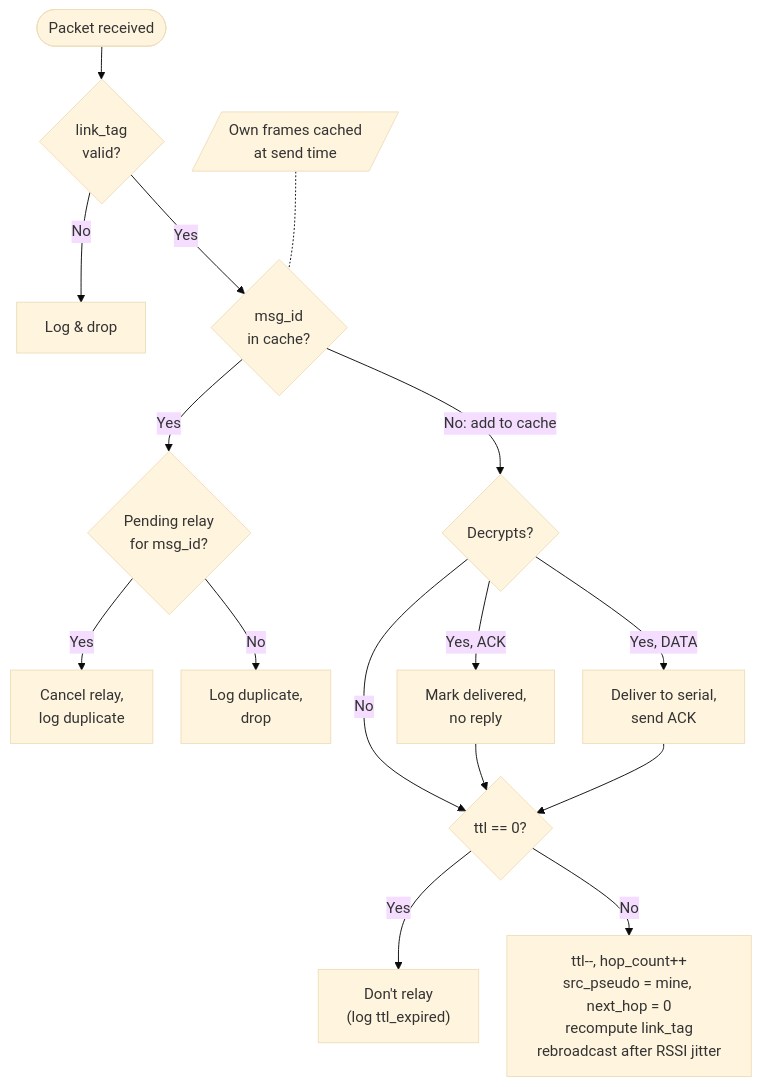
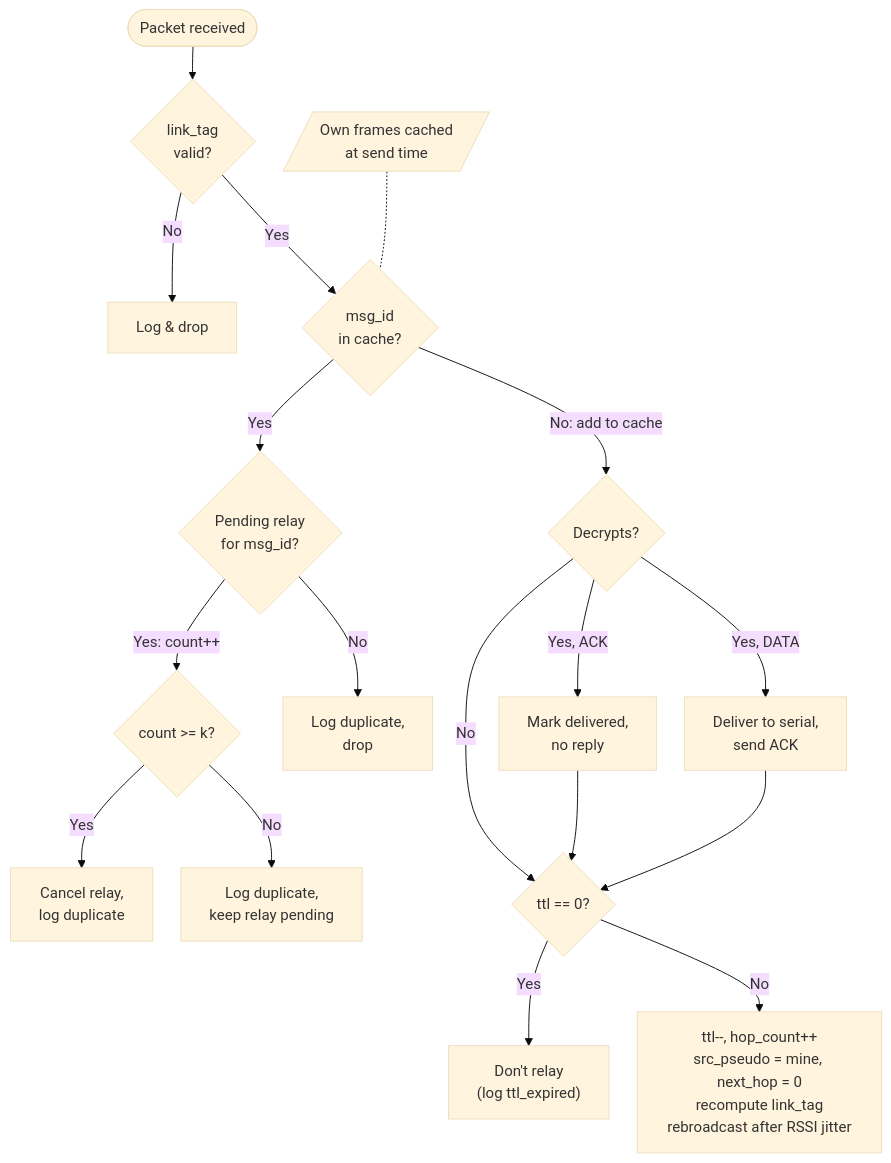
Before and after one commit to GhostMeshIPS/GhostMesh: the diagram in PROTOCOL.md, drawn with Mermaid (base theme). The commit also changed other lines of this file and 1 other file, not shown here.

Commit message:
Implementing our own version of the Trickle Algorithm (RFC 6206); suppressing relays after k duplicates rather than 1. With 1, this creates a coverage hole problem. (A node whose only path runs through a suppressed relay never receives the flood)

````diff
--- a/PROTOCOL.md
+++ b/PROTOCOL.md
@@ -43,22 +43,24 @@
 ```mermaid
 %%{init: {"flowchart": {"nodeSpacing": 30, "rankSpacing": 35}}}%%
 flowchart TD
     RX([Packet received]) --> LT{"link_tag<br>valid?"}
     LT -->|No| LTD["Log & drop"]
     LT -->|Yes| SC{"msg_id<br>in cache?"}
     NOTE[/"Own frames cached<br>at send time"/] -.- SC
 
     SC -->|Yes| PR{"Pending relay<br>for msg_id?"}
-    PR -->|Yes| CPR["Cancel relay,<br>log duplicate"]
+    PR -->|"Yes: count++"| KC{"count >= k?"}
+    KC -->|Yes| CPR["Cancel relay,<br>log duplicate"]
+    KC -->|No| KEEP["Log duplicate,<br>keep relay pending"]
     PR -->|No| LD["Log duplicate,<br>drop"]
 
     SC -->|"No: add to cache"| CMD{"Decrypts?"}
     CMD -->|"Yes, ACK"| MNR["Mark delivered,<br>no reply"]
     CMD -->|"Yes, DATA"| DSA["Deliver to serial,<br>send ACK"]
     CMD -->|No| TTL{"ttl == 0?"}
     MNR --> TTL
     DSA --> TTL
 
     TTL -->|Yes| DR["Don't relay<br>(log ttl_expired)"]
     TTL -->|No| REL["ttl--, hop_count++<br>src_pseudo = mine, next_hop = 0<br>recompute link_tag<br>rebroadcast after RSSI jitter"]
 ```
````
